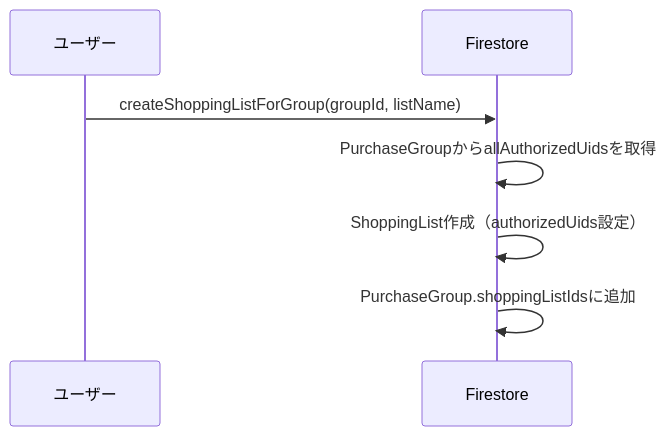
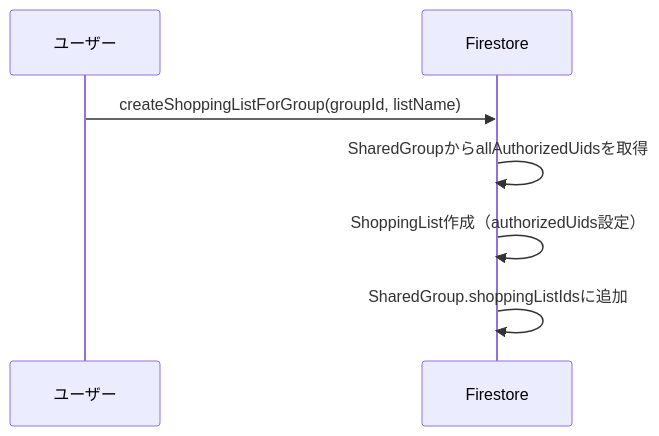
One commit to maya27AokiSawada/go_shop changed the second of 3 diagrams in docs/firestore_architecture.md. Above: the diagram before and after it, drawn with Mermaid. The commit also changed other lines of this file and 122 other files, not shown here.

````diff
--- a/docs/firestore_architecture.md
+++ b/docs/firestore_architecture.md
@@ -92,10 +92,10 @@
 ```mermaid
 sequenceDiagram
     participant U as ユーザー
     participant F as Firestore
     
     U->>F: createShoppingListForGroup(groupId, listName)
-    F->>F: PurchaseGroupからallAuthorizedUidsを取得
+    F->>F: SharedGroupからallAuthorizedUidsを取得
     F->>F: ShoppingList作成（authorizedUids設定）
-    F->>F: PurchaseGroup.shoppingListIdsに追加
+    F->>F: SharedGroup.shoppingListIdsに追加
 ```
````
